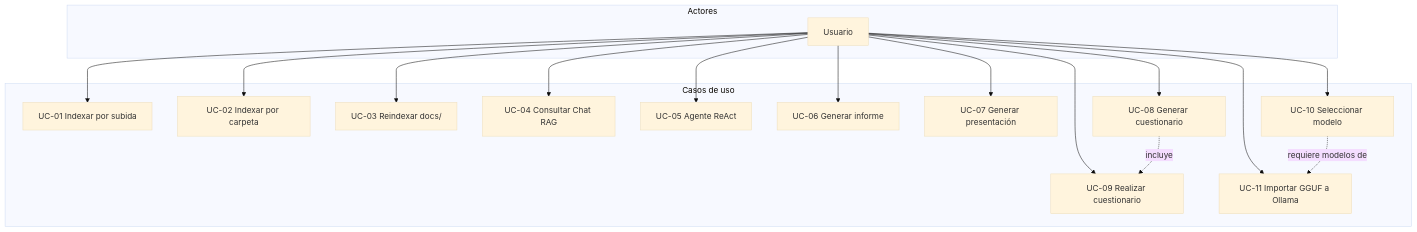
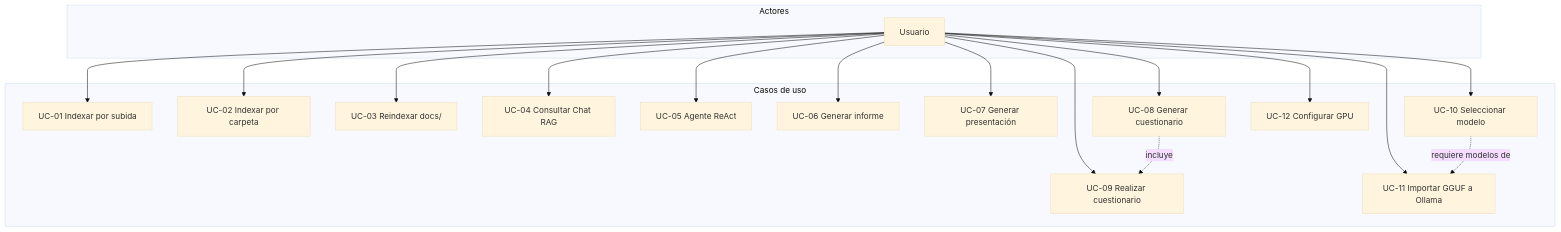
The first of 9 diagrams in CASOS_DE_USO_UML.md (gracobjo/ragw11), drawn with Mermaid (base theme) before and after one commit. The commit also changed other lines of this file and 4 other files, not shown here.

````diff
--- a/CASOS_DE_USO_UML.md
+++ b/CASOS_DE_USO_UML.md
@@ -150,35 +162,37 @@
 ```mermaid
 flowchart TB
     subgraph Actores
         U[Usuario]
     end
 
     subgraph CasosDeUso["Casos de uso"]
         UC01[UC-01 Indexar por subida]
         UC02[UC-02 Indexar por carpeta]
         UC03[UC-03 Reindexar docs/]
         UC04[UC-04 Consultar Chat RAG]
         UC05[UC-05 Agente ReAct]
         UC06[UC-06 Generar informe]
         UC07[UC-07 Generar presentación]
         UC08[UC-08 Generar cuestionario]
         UC09[UC-09 Realizar cuestionario]
         UC10[UC-10 Seleccionar modelo]
         UC11[UC-11 Importar GGUF a Ollama]
+        UC12[UC-12 Configurar GPU]
     end
 
     U --> UC01
     U --> UC02
     U --> UC03
     U --> UC04
     U --> UC05
     U --> UC06
     U --> UC07
     U --> UC08
     U --> UC09
     U --> UC10
     U --> UC11
+    U --> UC12
 
     UC08 -.->|incluye| UC09
     UC10 -.->|requiere modelos de| UC11
 ```
````
